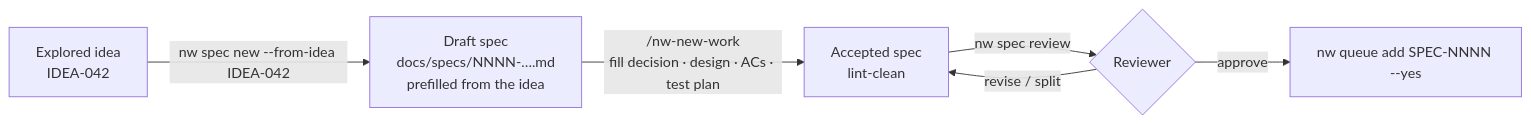
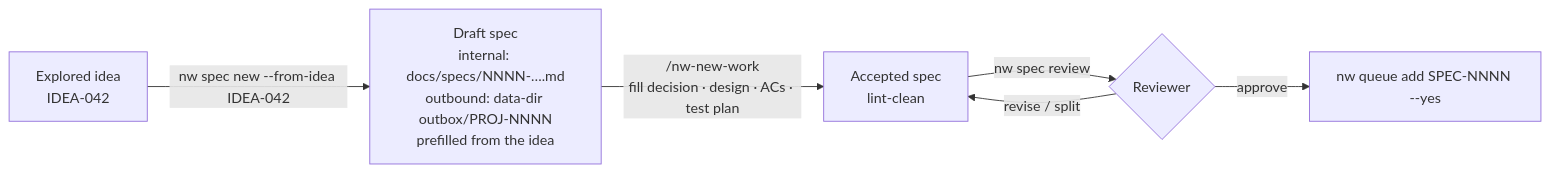
Before and after one commit to brunosmmm/nightwright: the first of 3 diagrams in docs/product/ideas/spec.md, drawn with Mermaid. The commit also changed other lines of this file and 38 other files, not shown here.

First line of the commit message:
Correct product docs against the CLI and drop internal spec citations.

````diff
--- a/docs/product/ideas/spec.md
+++ b/docs/product/ideas/spec.md
@@ -9,8 +9,8 @@
 ```mermaid
 flowchart LR
-    I["Explored idea<br/>IDEA-042"] -- "nw spec new --from-idea IDEA-042" --> D["Draft spec<br/>docs/specs/NNNN-….md<br/>prefilled from the idea"]
+    I["Explored idea<br/>IDEA-042"] -- "nw spec new --from-idea IDEA-042" --> D["Draft spec<br/>internal: docs/specs/NNNN-….md<br/>outbound: data-dir outbox/PROJ-NNNN<br/>prefilled from the idea"]
     D -- "/nw-new-work<br/>fill decision · design · ACs · test plan" --> A["Accepted spec<br/>lint-clean"]
     A -- "nw spec review" --> R{"Reviewer"}
     R -- "revise / split" --> A
     R -- approve --> Q["nw queue add SPEC-NNNN --yes"]
 ```
````
